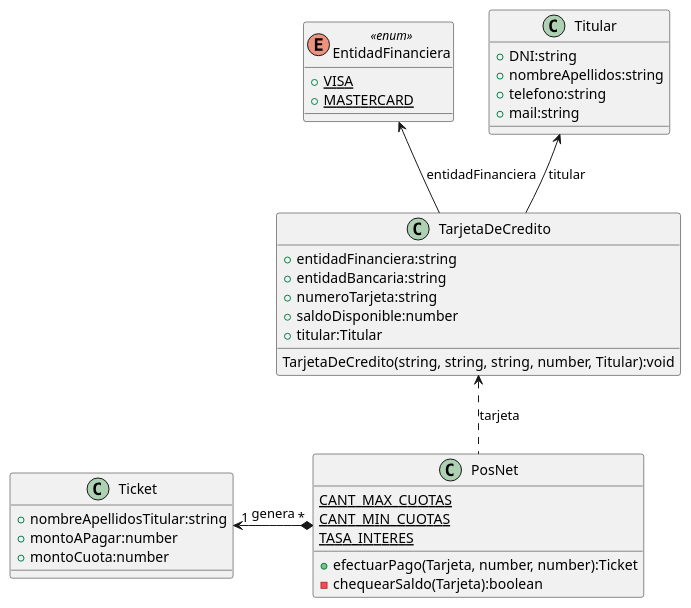
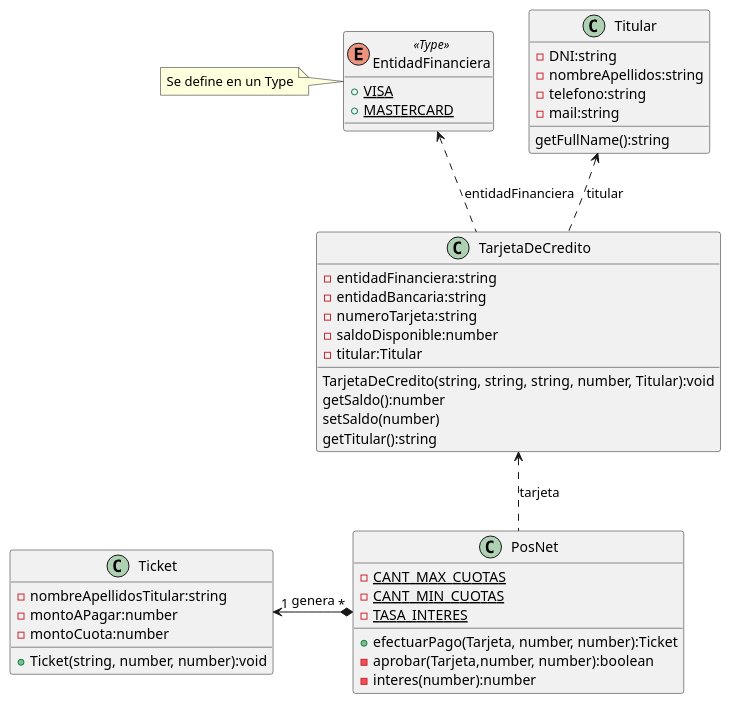
Before and after one commit to wilmansirit/UMLs: the diagram in PuntoDeVenta/PosNet.puml, drawn with PlantUML. The commit also changed 7 other files, not shown here.

```diff
--- a/PuntoDeVenta/PosNet.puml
+++ b/PuntoDeVenta/PosNet.puml
@@ -1,49 +1,59 @@
 @startuml "PosNet"
 
 class PosNet {
-    {static} CANT_MAX_CUOTAS
-    {static} CANT_MIN_CUOTAS
-    {static} TASA_INTERES 
+    {static} - CANT_MAX_CUOTAS
+    {static} -CANT_MIN_CUOTAS
+    {static} - TASA_INTERES 
     + efectuarPago(Tarjeta, number, number):Ticket
-    - chequearSaldo(Tarjeta):boolean
+    - aprobar(Tarjeta,number, number):boolean
+    - interes(number):number
 }
 
 class Ticket {
-    + nombreApellidosTitular:string
-    + montoAPagar:number
-    + montoCuota:number
+    - nombreApellidosTitular:string
+    - montoAPagar:number
+    - montoCuota:number
+
+    + Ticket(string, number, number):void
 }
 
 class TarjetaDeCredito {
-    + entidadFinanciera:string
-    + entidadBancaria:string
-    + numeroTarjeta:string
-    + saldoDisponible:number
-    + titular:Titular
+    - entidadFinanciera:string
+    - entidadBancaria:string
+    - numeroTarjeta:string
+    - saldoDisponible:number
+    - titular:Titular
 
     TarjetaDeCredito(string, string, string, number, Titular):void
+    getSaldo():number
+    setSaldo(number)
+    getTitular():string
 }
 
-enum EntidadFinanciera <<enum>> {
+enum EntidadFinanciera <<Type>> {
     {static} + VISA
     {static} + MASTERCARD
 }
+note left: Se define en un Type
 
 class Titular {
-    + DNI:string
-    + nombreApellidos:string
-    + telefono:string
-    + mail:string
+    - DNI:string
+    - nombreApellidos:string
+    - telefono:string
+    - mail:string
+
+    getFullName():string
 }
+
 
 
 Ticket "1" <-* "*" PosNet: "genera"
 TarjetaDeCredito <.. PosNet: "tarjeta"
-EntidadFinanciera <-- TarjetaDeCredito: "entidadFinanciera"
-Titular <-- TarjetaDeCredito: "titular" 
+EntidadFinanciera <.. TarjetaDeCredito: "entidadFinanciera"
+Titular <.. TarjetaDeCredito: "titular" 
 
 
 
 
 
 @enduml
```
